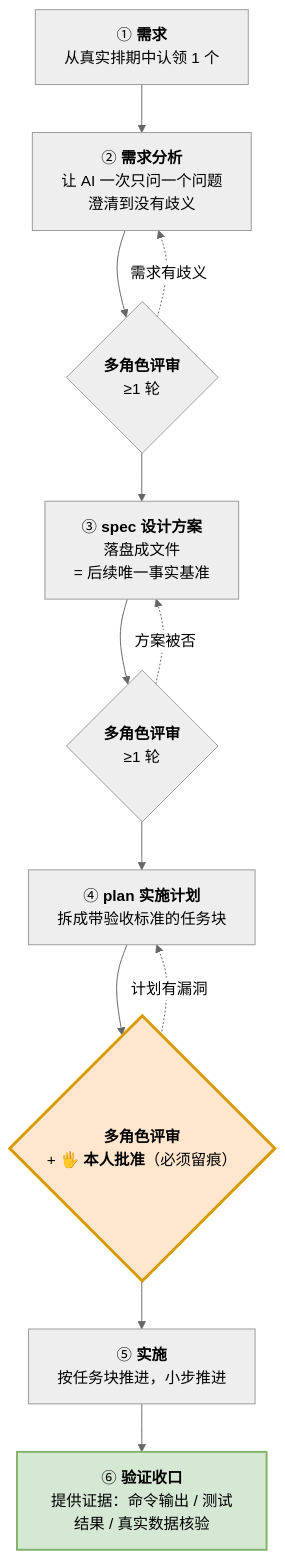
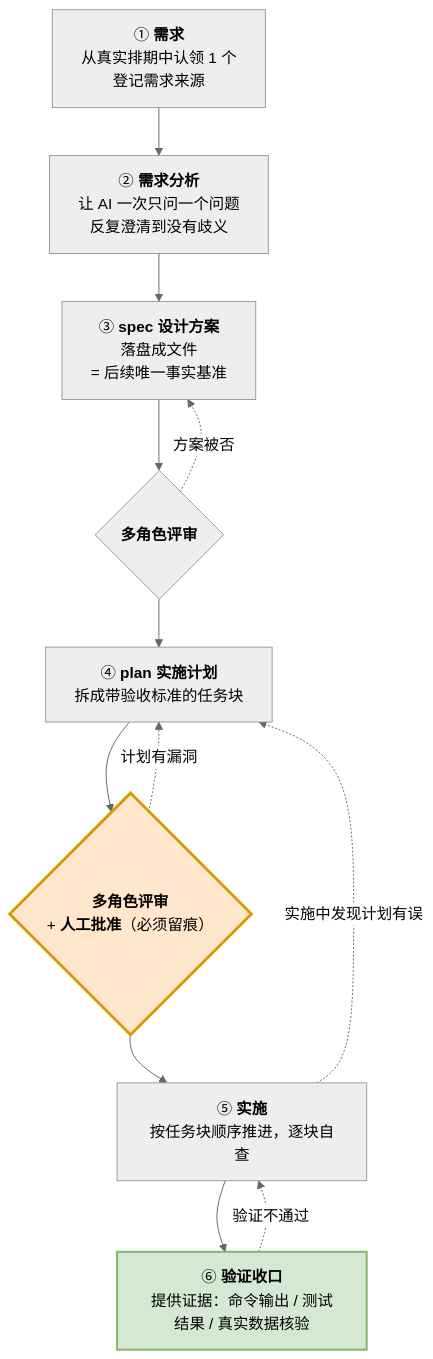
One commit to Woaini654321/efficiency-improvement changed the second of 5 diagrams in 全员认知培训/研发AI提效落地方案·流程先行（试行）.md. Above: the diagram before and after it, drawn with Mermaid (neutral theme). The commit also changed other lines of this file, not shown here.

````diff
--- a/全员认知培训/研发AI提效落地方案·流程先行（试行）.md
+++ b/全员认知培训/研发AI提效落地方案·流程先行（试行）.md
@@ -84,16 +83,16 @@
 ```mermaid
 flowchart TD
-    A["① <b>需求</b><br/>从真实排期中认领 1 个"] --> B["② <b>需求分析</b><br/>让 AI 一次只问一个问题<br/>澄清到没有歧义"]
-    B --> RB{"<b>多角色评审</b><br/>≥1 轮"}
-    RB --> C["③ <b>spec 设计方案</b><br/>落盘成文件<br/>= 后续唯一事实基准"]
-    C --> RC{"<b>多角色评审</b><br/>≥1 轮"}
+    A["① <b>需求</b><br/>从真实排期中认领 1 个<br/>登记需求来源"] --> B["② <b>需求分析</b><br/>让 AI 一次只问一个问题<br/>反复澄清到没有歧义"]
+    B --> C["③ <b>spec 设计方案</b><br/>落盘成文件<br/>= 后续唯一事实基准"]
+    C --> RC{"<b>多角色评审</b>"}
     RC --> D["④ <b>plan 实施计划</b><br/>拆成带验收标准的任务块"]
-    D --> RD{"<b>多角色评审</b><br/>+ 🖐 <b>本人批准</b>（必须留痕）"}
-    RD --> E["⑤ <b>实施</b><br/>按任务块推进，小步推进"]
+    D --> RD{"<b>多角色评审</b><br/>+ <b>人工批准</b>（必须留痕）"}
+    RD --> E["⑤ <b>实施</b><br/>按任务块顺序推进，逐块自查"]
     E --> F["⑥ <b>验证收口</b><br/>提供证据：命令输出 / 测试结果 / 真实数据核验"]
-    RB -.需求有歧义.-> B
     RC -.方案被否.-> C
     RD -.计划有漏洞.-> D
+    E -.实施中发现计划有误.-> D
+    F -.验证不通过.-> E
     style RD fill:#ffe6cc,stroke:#d79b00,stroke-width:3px
     style F fill:#d5e8d4,stroke:#82b366,stroke-width:2px
 ```
````
